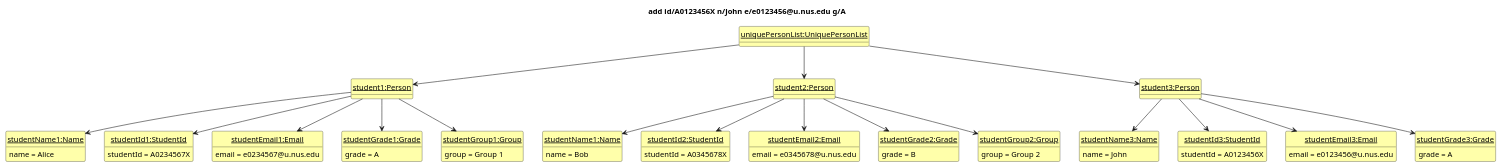
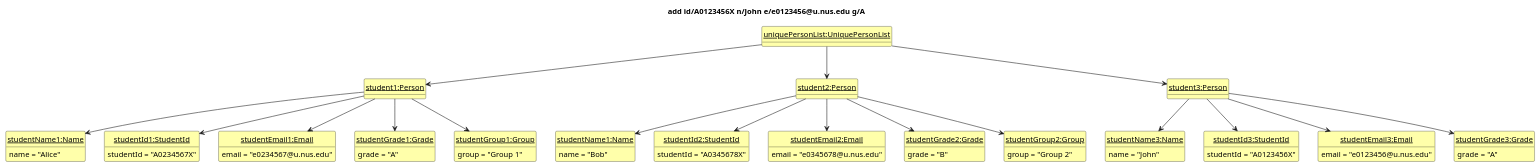
The diagram in docs/diagrams/AddState2.puml (willowisp01/tp), drawn with PlantUML before and after one commit. The commit also changed 1 other file, not shown here.

```diff
--- a/docs/diagrams/AddState2.puml
+++ b/docs/diagrams/AddState2.puml
@@ -1,78 +1,78 @@
 @startuml
 'https://plantuml.com/class-diagram
 
 hide circle
 hide methods
 skinparam ClassFontColor #000000
 skinparam ClassBorderColor #000000
 skinparam ClassBackgroundColor #FFFFAA
 
 title add id/A0123456X n/John e/e0123456@u.nus.edu g/A
 
 class uniquePersonList as "<u>uniquePersonList:UniquePersonList</u>"
 class student1 as "<u>student1:Person</u>" {}
 class student2 as "<u>student2:Person</u>" {}
 class student3 as "<u>student3:Person</u>" {}
 class studentName1 as "<u>studentName1:Name</u>" {
-    name = Alice
+    name = "Alice"
 }
 class studentName2 as "<u>studentName1:Name</u>" {
-    name = Bob
+    name = "Bob"
 }
 class studentName3 as "<u>studentName3:Name</u>" {
-    name = John
+    name = "John"
 }
 class studentId1 as "<u>studentId1:StudentId</u>" {
-    studentId = A0234567X
+    studentId = "A0234567X"
 }
 class studentId2 as "<u>studentId2:StudentId</u>" {
-    studentId = A0345678X
+    studentId = "A0345678X"
 }
 class studentId3 as "<u>studentId3:StudentId</u>" {
-    studentId = A0123456X
+    studentId = "A0123456X"
 }
 class studentEmail1 as "<u>studentEmail1:Email</u>" {
-    email = e0234567@u.nus.edu
+    email = "e0234567@u.nus.edu"
 }
 class studentEmail2 as "<u>studentEmail2:Email</u>" {
-    email = e0345678@u.nus.edu
+    email = "e0345678@u.nus.edu"
 }
 class studentEmail3 as "<u>studentEmail3:Email</u>" {
-    email = e0123456@u.nus.edu
+    email = "e0123456@u.nus.edu"
 }
 class studentGrade1 as "<u>studentGrade1:Grade</u>" {
-    grade = A
+    grade = "A"
 }
 class studentGrade2 as "<u>studentGrade2:Grade</u>" {
-    grade = B
+    grade = "B"
 }
 class studentGrade3 as "<u>studentGrade3:Grade</u>" {
-    grade = A
+    grade = "A"
 }
 class studentGroup1 as "<u>studentGroup1:Group</u>" {
-    group = Group 1
+    group = "Group 1"
 }
 class studentGroup2 as "<u>studentGroup2:Group</u>" {
-    group = Group 2
+    group = "Group 2"
 }
 student1 -[hidden]right-> student2
 student2 -[hidden]right-> student3
 
 uniquePersonList -down-> student1
 uniquePersonList -down-> student2
 uniquePersonList -down-> student3
 student1 -down-> studentName1
 student2 -down-> studentName2
 student3 -down-> studentName3
 student1 -down-> studentId1
 student2 -down-> studentId2
 student3 -down-> studentId3
 student1 -down-> studentEmail1
 student2 -down-> studentEmail2
 student3 -down-> studentEmail3
 student1 -down-> studentGrade1
 student2 -down-> studentGrade2
 student3 -down-> studentGrade3
 student1 -down-> studentGroup1
 student2 -down-> studentGroup2
 @enduml
```
